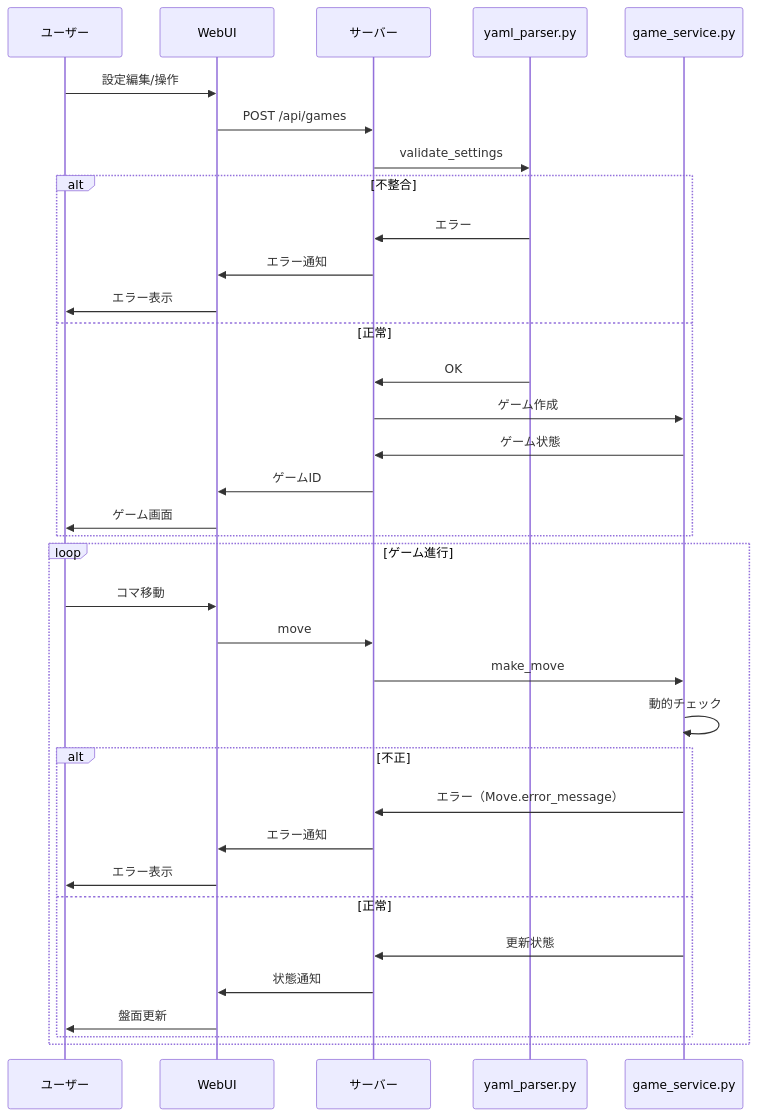
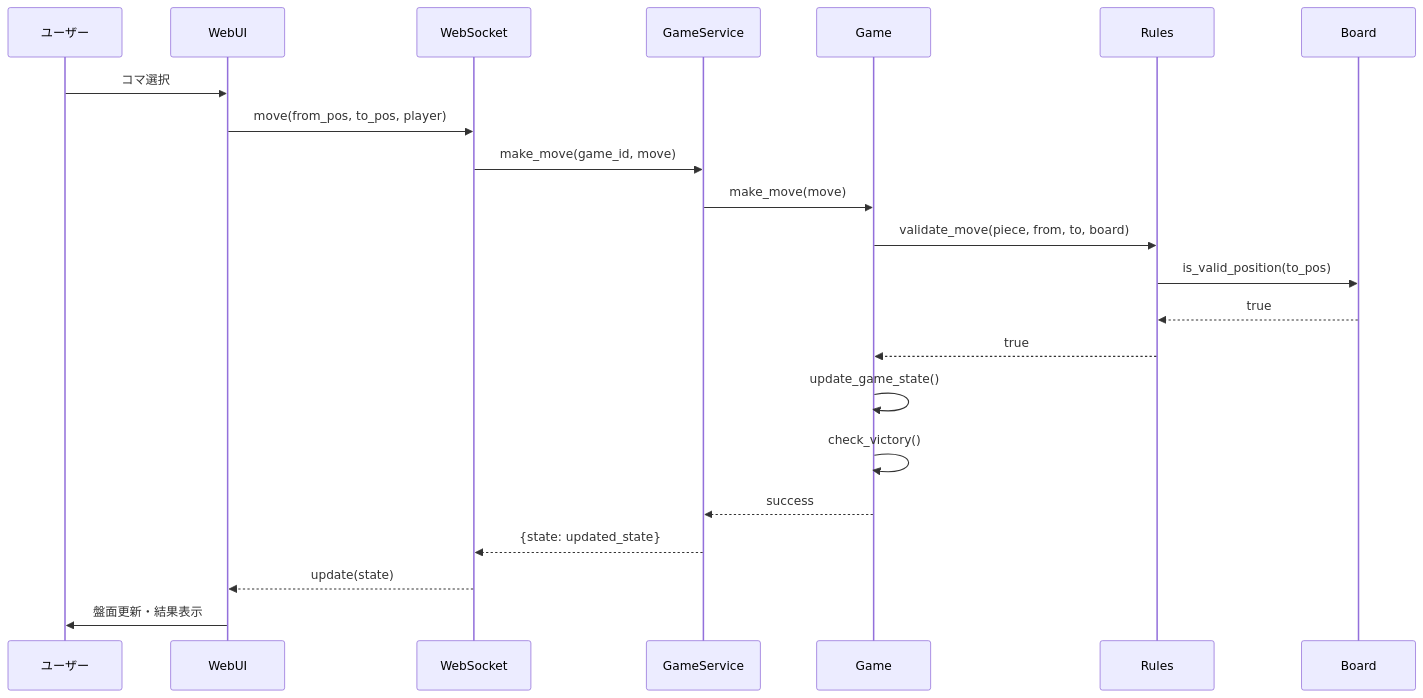
One commit to ikokeba/FelxiBoard changed the second of 4 diagrams in specifications/03_algorithm.md. Above: the diagram before and after it, drawn with Mermaid. The commit also changed other lines of this file and 6 other files, not shown here.

````diff
--- a/specifications/03_algorithm.md
+++ b/specifications/03_algorithm.md
@@ -167,38 +455,25 @@
 ```mermaid
 sequenceDiagram
-  participant U as ユーザー
-  participant W as WebUI
-  participant S as サーバー
-  participant P as yaml_parser.py
-  participant G as game_service.py
+    participant U as ユーザー
+    participant UI as WebUI
+    participant WS as WebSocket
+    participant GS as GameService
+    participant G as Game
+    participant R as Rules
+    participant B as Board
 
-  U->>W: 設定編集/操作
-  W->>S: POST /api/games
-  S->>P: validate_settings
-  alt 不整合
-    P->>S: エラー
-    S->>W: エラー通知
-    W->>U: エラー表示
-  else 正常
-    P->>S: OK
-    S->>G: ゲーム作成
-    G->>S: ゲーム状態
-    S->>W: ゲームID
-    W->>U: ゲーム画面
-  end
-  loop ゲーム進行
-    U->>W: コマ移動
-    W->>S: move
-    S->>G: make_move
-    G->>G: 動的チェック
-    alt 不正
-      G->>S: エラー（Move.error_message）
-      S->>W: エラー通知
-      W->>U: エラー表示
-    else 正常
-      G->>S: 更新状態
-      S->>W: 状態通知
-      W->>U: 盤面更新
-    end
-  end
+    U->>UI: コマ選択
+    UI->>WS: move(from_pos, to_pos, player)
+    WS->>GS: make_move(game_id, move)
+    GS->>G: make_move(move)
+    G->>R: validate_move(piece, from, to, board)
+    R->>B: is_valid_position(to_pos)
+    B-->>R: true
+    R-->>G: true
+    G->>G: update_game_state()
+    G->>G: check_victory()
+    G-->>GS: success
+    GS-->>WS: {state: updated_state}
+    WS-->>UI: update(state)
+    UI->>U: 盤面更新・結果表示
 ```
````
